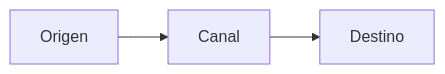
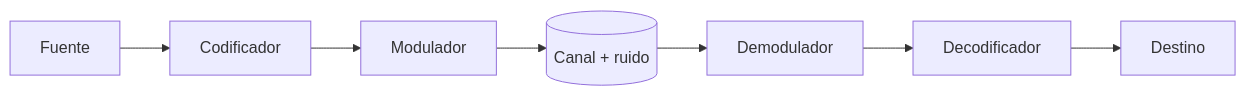
Before and after one commit to martin-vainer/comunicacion-de-datos: the diagram in apuntes/_plantillas/apunte-teoria.md, drawn with Mermaid. The commit also changed other lines of this file and 5 other files, not shown here.

````diff
--- a/apuntes/_plantillas/apunte-teoria.md
+++ b/apuntes/_plantillas/apunte-teoria.md
@@ -41,4 +68,6 @@
 ```mermaid
 graph LR
-  A[Origen] --> B[Canal] --> C[Destino]
+  F[Fuente] --> C[Codificador] --> M[Modulador]
+  M --> CH[(Canal + ruido)]
+  CH --> D[Demodulador] --> DC[Decodificador] --> DS[Destino]
 ```
````
